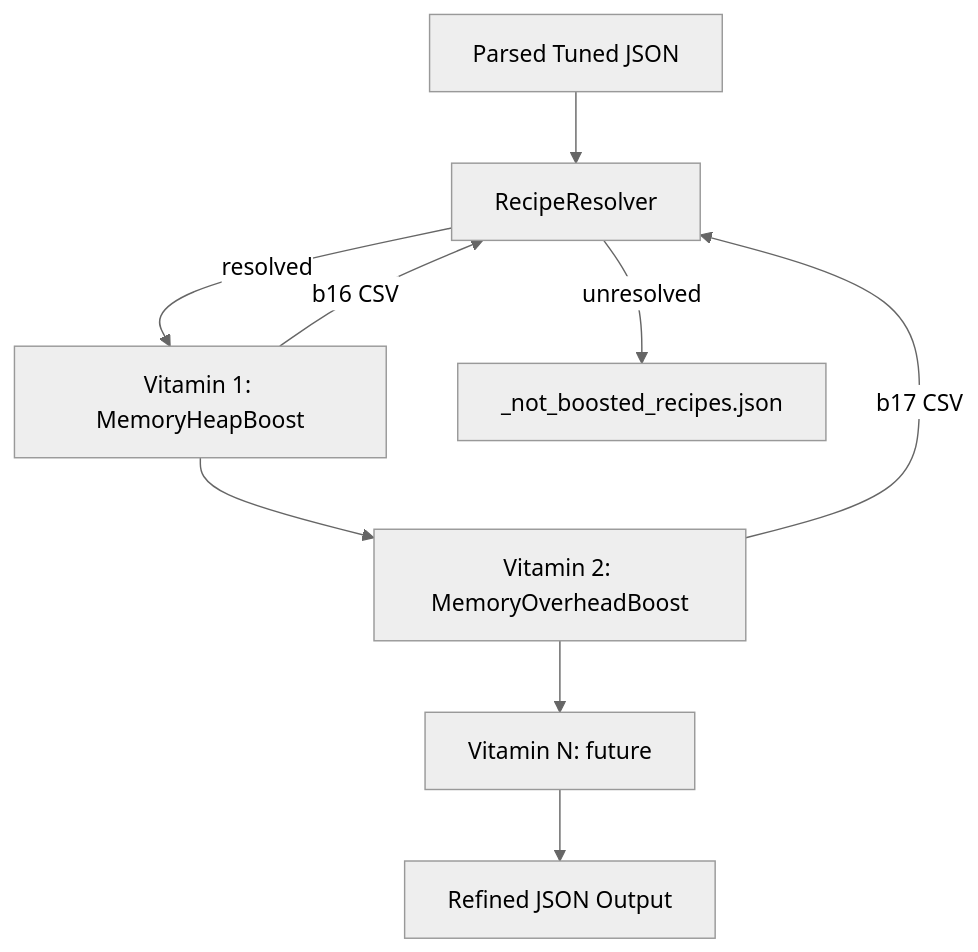
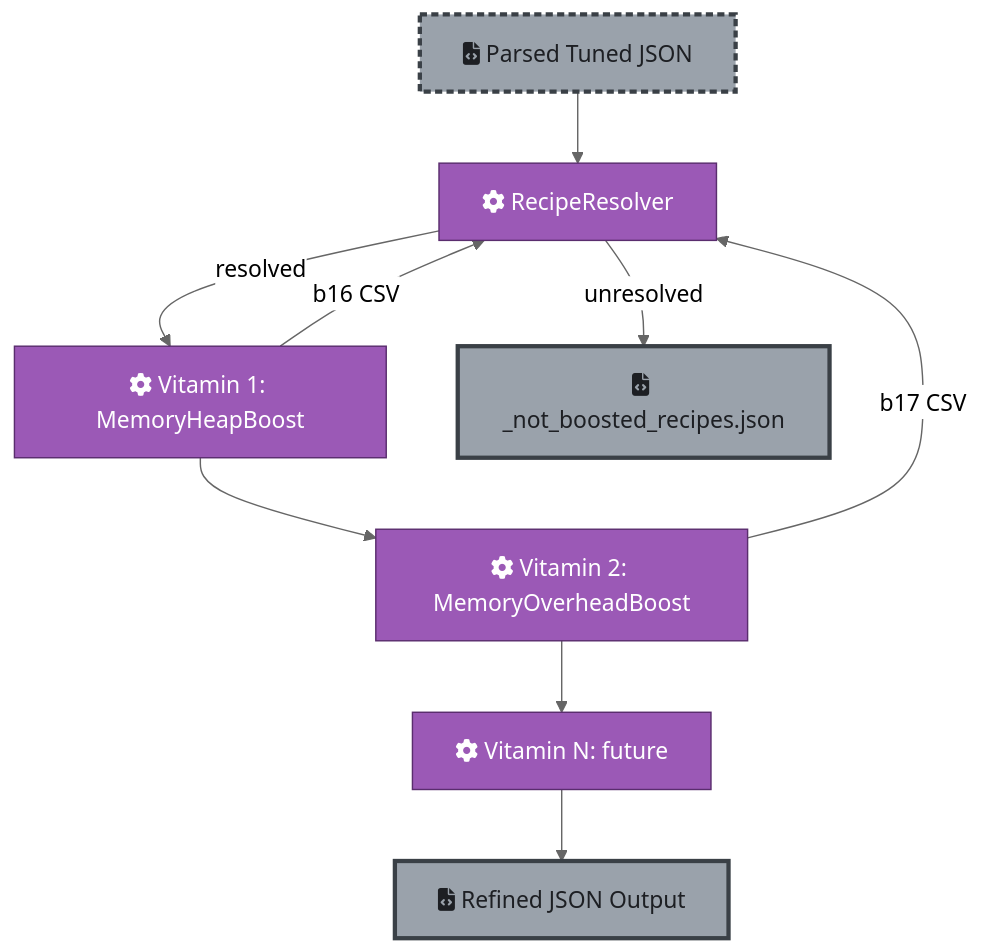
The second of 3 diagrams in src/main/scala/com/db/serna/orchestration/cluster_tuning/single/refinement/_REFINEMENT.md (albertols/spark-cluster-job-tuner), drawn with Mermaid (neutral theme) before and after one commit. The commit also changed other lines of this file and 29 other files, not shown here.

````diff
--- a/src/main/scala/com/db/serna/orchestration/cluster_tuning/single/refinement/_REFINEMENT.md
+++ b/src/main/scala/com/db/serna/orchestration/cluster_tuning/single/refinement/_REFINEMENT.md
@@ -38,12 +49,27 @@
 ```mermaid
 flowchart TD
-    A[Parsed Tuned JSON] --> R[RecipeResolver]
-    R -- resolved --> B[Vitamin 1: MemoryHeapBoost]
-    R -- unresolved --> U["_not_boosted_recipes.json"]
-    B --> C[Vitamin 2: MemoryOverheadBoost]
-    C --> D[Vitamin N: future]
-    D --> E[Refined JSON Output]
+  classDef document fill:#9aa2ab,stroke:#3a4046,color:#1d1f23
+  classDef process  fill:#9b59b6,stroke:#5a2d6e,color:#fff
+  classDef inputBoundary  stroke-width:3px,stroke-dasharray:5 3
+  classDef outputBoundary stroke-width:3px
 
-    B -- "b16 CSV" --> R
-    C -- "b17 CSV" --> R
+  A[fa:fa-file-code Parsed Tuned JSON]:::document
+  R[fa:fa-cog RecipeResolver]:::process
+  B[fa:fa-cog Vitamin 1: MemoryHeapBoost]:::process
+  U[fa:fa-file-code _not_boosted_recipes.json]:::document
+  C[fa:fa-cog Vitamin 2: MemoryOverheadBoost]:::process
+  D[fa:fa-cog Vitamin N: future]:::process
+  E[fa:fa-file-code Refined JSON Output]:::document
+
+  A --> R
+  R -->|"resolved"| B
+  R -->|"unresolved"| U
+  B --> C
+  C --> D
+  D --> E
+  B -->|"b16 CSV"| R
+  C -->|"b17 CSV"| R
+
+  class A inputBoundary
+  class U,E outputBoundary
 ```
````
